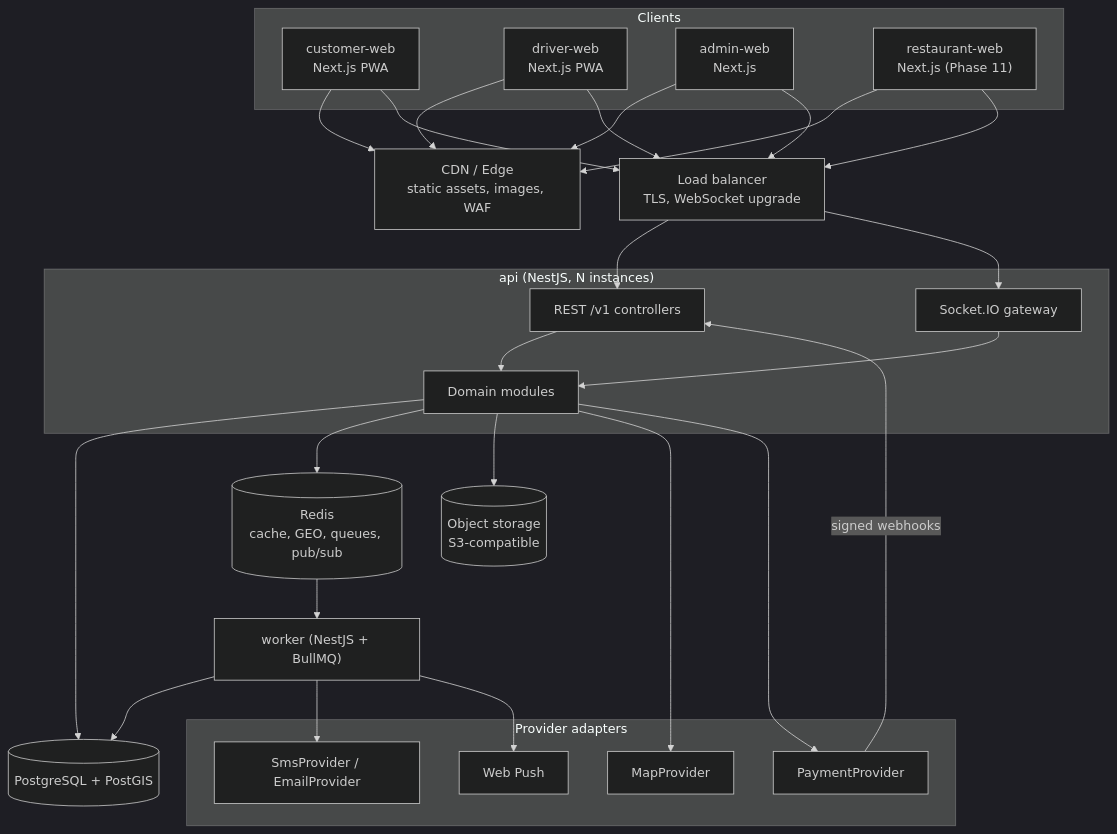
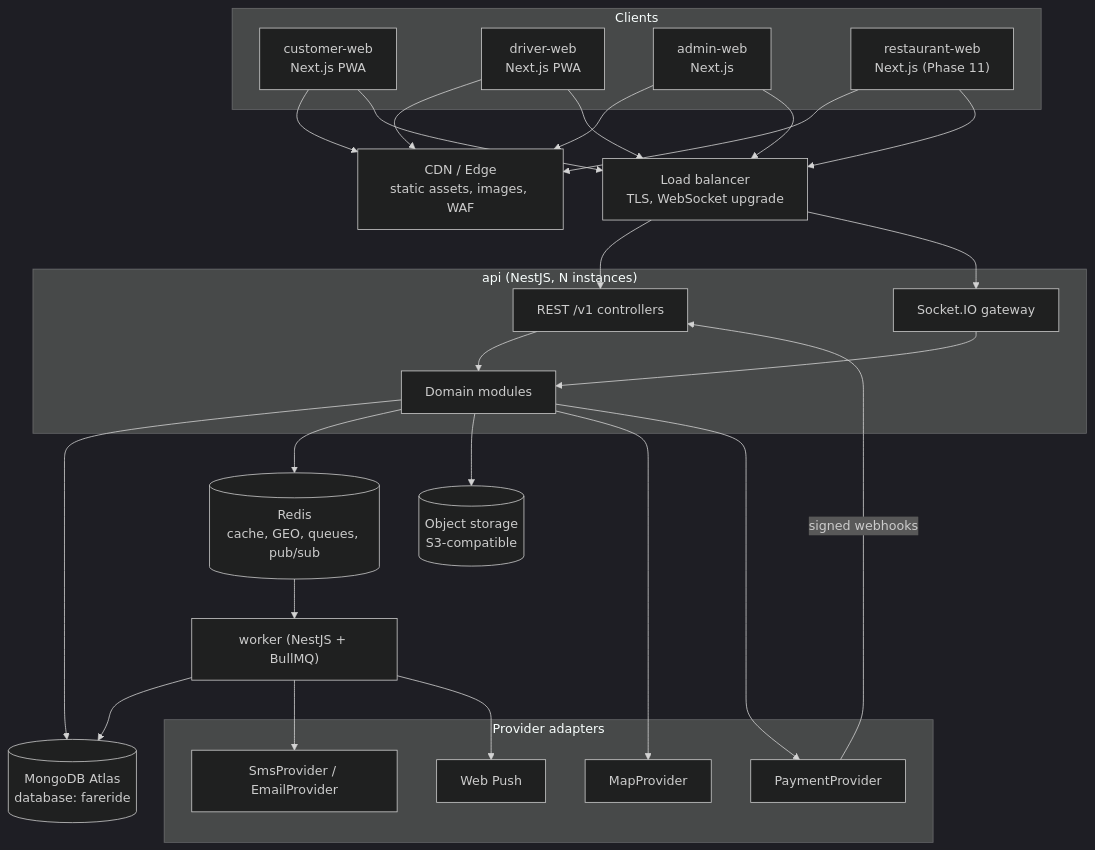
Before and after one commit to poopraveen/FareRide: the first of 5 diagrams in docs/ARCHITECTURE.md, drawn with Mermaid (dark theme). The commit also changed other lines of this file and 9 other files, not shown here.

First line of the commit message:
docs: switch the database design from PostgreSQL to MongoDB

````diff
--- a/docs/ARCHITECTURE.md
+++ b/docs/ARCHITECTURE.md
@@ -9,42 +9,42 @@
 ```mermaid
 flowchart TD
     subgraph Clients
         CW["customer-web<br/>Next.js PWA"]
         DW["driver-web<br/>Next.js PWA"]
         AW["admin-web<br/>Next.js"]
         RW["restaurant-web<br/>Next.js (Phase 11)"]
     end
     CDN["CDN / Edge<br/>static assets, images, WAF"]
     LB["Load balancer<br/>TLS, WebSocket upgrade"]
     subgraph API["api (NestJS, N instances)"]
         REST["REST /v1 controllers"]
         WS["Socket.IO gateway"]
         DOM["Domain modules"]
     end
     WK["worker (NestJS + BullMQ)"]
-    PG[("PostgreSQL + PostGIS")]
+    PG[("MongoDB Atlas<br/>database: fareride")]
     RD[("Redis<br/>cache, GEO, queues, pub/sub")]
     OS[("Object storage<br/>S3-compatible")]
     subgraph Providers["Provider adapters"]
         MAP[MapProvider]
         PAY[PaymentProvider]
         MSG["SmsProvider / EmailProvider"]
         PUSH[Web Push]
     end
     CW & DW & AW & RW --> CDN
     CW & DW & AW & RW --> LB
     LB --> REST
     LB --> WS
     REST --> DOM
     WS --> DOM
     DOM --> PG
     DOM --> RD
     DOM --> OS
     DOM --> MAP
     DOM --> PAY
     RD --> WK
     WK --> PG
     WK --> MSG
     WK --> PUSH
     PAY -- signed webhooks --> REST
 ```
````
